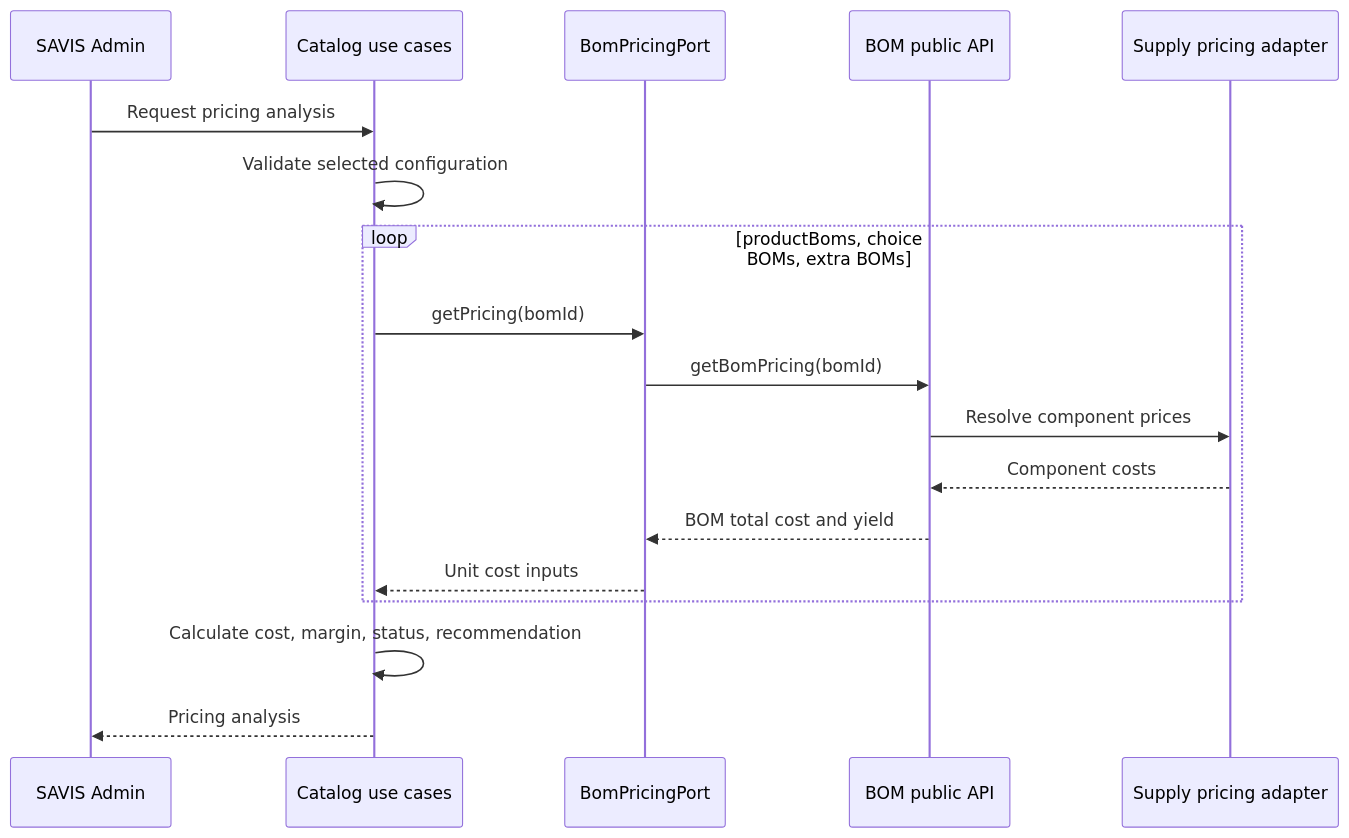
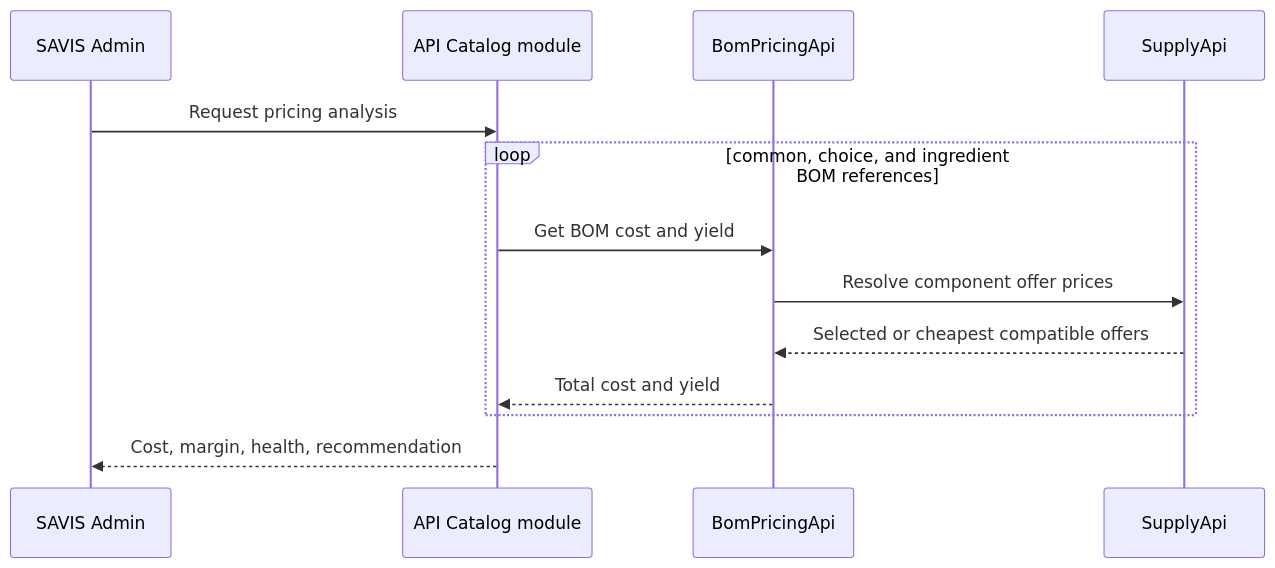
One commit to wiljeanlouis/savis changed diagram 14 of 17 in docs/ARCHITECTURE.md. Above: the diagram before and after it, drawn with Mermaid. The commit also changed other lines of this file and 4 other files, not shown here.

First line of the commit message:
docs: Enhance documentation across SAVIS components with navigation sections, clarify API behaviors, and update configuration details. (#7)

````diff
--- a/docs/ARCHITECTURE.md
+++ b/docs/ARCHITECTURE.md
@@ -451,21 +699,16 @@
 ```mermaid
 sequenceDiagram
   participant Admin as SAVIS Admin
-  participant Catalog as Catalog use cases
-  participant BomPort as BomPricingPort
-  participant Bom as BOM public API
-  participant Supply as Supply pricing adapter
+  participant Catalog as API Catalog module
+  participant Bom as BomPricingApi
+  participant Supply as SupplyApi
 
   Admin->>Catalog: Request pricing analysis
-  Catalog->>Catalog: Validate selected configuration
-  loop productBoms, choice BOMs, extra BOMs
-    Catalog->>BomPort: getPricing(bomId)
-    BomPort->>Bom: getBomPricing(bomId)
-    Bom->>Supply: Resolve component prices
-    Supply-->>Bom: Component costs
-    Bom-->>BomPort: BOM total cost and yield
-    BomPort-->>Catalog: Unit cost inputs
+  loop common, choice, and ingredient BOM references
+    Catalog->>Bom: Get BOM cost and yield
+    Bom->>Supply: Resolve component offer prices
+    Supply-->>Bom: Selected or cheapest compatible offers
+    Bom-->>Catalog: Total cost and yield
   end
-  Catalog->>Catalog: Calculate cost, margin, status, recommendation
-  Catalog-->>Admin: Pricing analysis
+  Catalog-->>Admin: Cost, margin, health, recommendation
 ```
````
